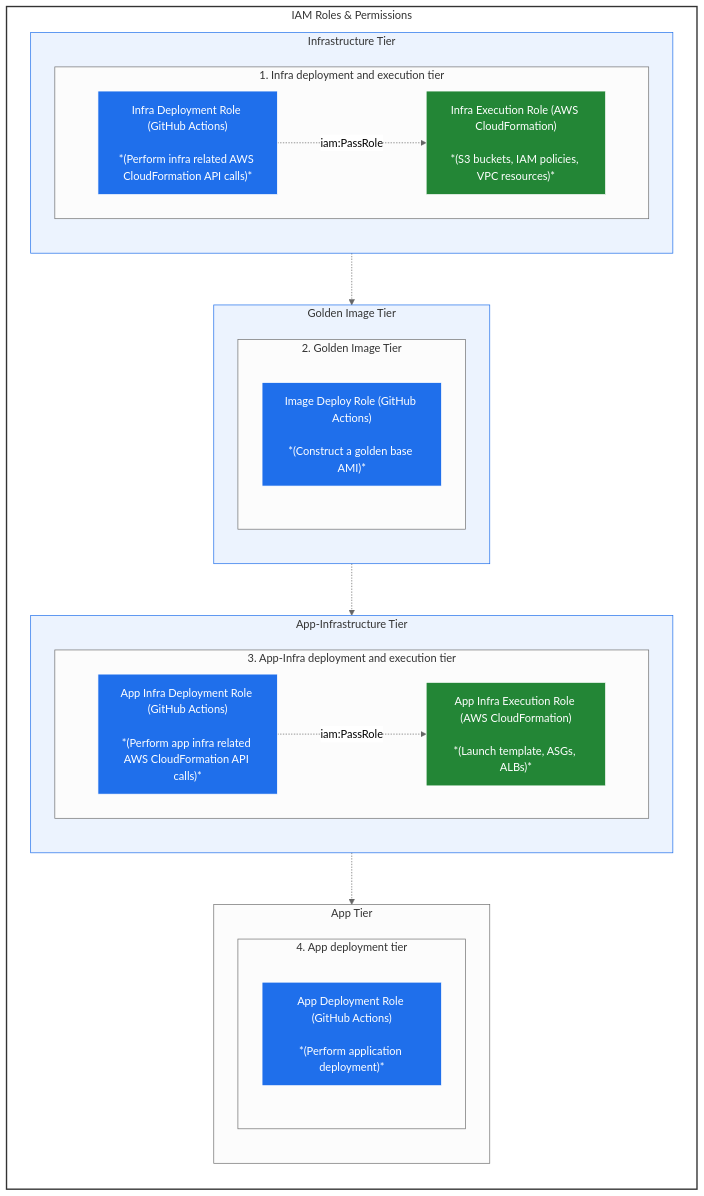
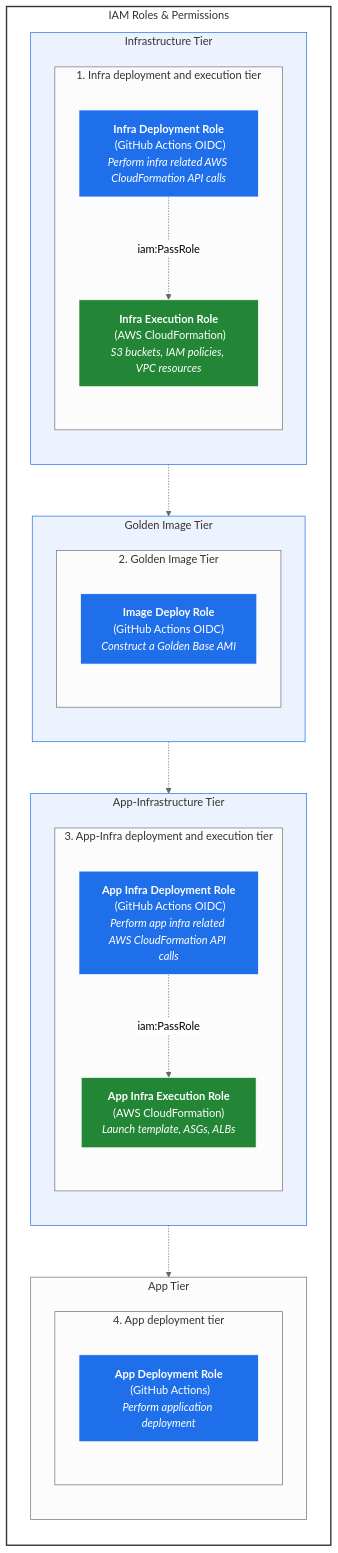
The diagram in README.md (AdithyaBhatGS/aws-infrastructure-governance-assistant), drawn with Mermaid (neutral theme) before and after one commit.

Commit message:
docs: modify the IAM Role diagram code LR to TB

````diff
--- a/README.md
+++ b/README.md
@@ -72,51 +72,51 @@
 ```mermaid
 flowchart TB
     subgraph IAM ["IAM Roles & Permissions"]
         direction TB
 
         subgraph Infra ["Infrastructure Tier"]
             direction TB
             subgraph InfraSub1 ["1. Infra deployment and execution tier"]
-                direction LR
-                InfraDeployRole["Infra Deployment Role (GitHub Actions)<br/><br/>*(Perform infra related AWS CloudFormation API calls)*"]
-                InfraExecutionRole["Infra Execution Role (AWS CloudFormation)<br/><br/>*(S3 buckets, IAM policies, VPC resources)*"]
+                direction TB
+                InfraDeployRole["<b>Infra Deployment Role</b><br/> (GitHub Actions OIDC)<br/><i>Perform infra related AWS CloudFormation API calls</i>"]
+                InfraExecutionRole["<b>Infra Execution Role</b><br/> (AWS CloudFormation)<br/><i>S3 buckets, IAM policies, VPC resources</i>"]
                 InfraDeployRole -.->|iam:PassRole| InfraExecutionRole
             end
         end
 
         subgraph GoldenImage ["Golden Image Tier"]
             direction TB
             subgraph GoldenImage1 ["2. Golden Image Tier"]
                 direction TB
-                ImageDeployRole["Image Deploy Role (GitHub Actions)<br/><br/>*(Construct a golden base AMI)*"]
+                ImageDeployRole["<b>Image Deploy Role</b><br/> (GitHub Actions OIDC)<br/><i>Construct a Golden Base AMI</i>"]
             end
         end
 
         subgraph AppInfra ["App-Infrastructure Tier"]
             direction TB
             subgraph AppInfraSub2 ["3. App-Infra deployment and execution tier"]
-                direction LR
-                AppInfraDeployRole["App Infra Deployment Role (GitHub Actions)<br/><br/>*(Perform app infra related AWS CloudFormation API calls)*"]
-                AppInfraExecutionRole["App Infra Execution Role (AWS CloudFormation)<br/><br/>*(Launch template, ASGs, ALBs)*"]
+                direction TB
+                AppInfraDeployRole["<b>App Infra Deployment Role</b><br/> (GitHub Actions OIDC)<br/><i>Perform app infra related AWS CloudFormation API calls</i>"]
+                AppInfraExecutionRole["<b>App Infra Execution Role</b><br/> (AWS CloudFormation)<br/><i>Launch template, ASGs, ALBs</i>"]
                 AppInfraDeployRole -.->|iam:PassRole| AppInfraExecutionRole
             end
         end
 
         subgraph App ["App Tier"]
             direction TB
             subgraph AppSub1 ["4. App deployment tier"]
                 direction TB
-                AppDeployRole["App Deployment Role (GitHub Actions)<br/><br/>*(Perform application deployment)*"]
+                AppDeployRole["<b>App Deployment Role</b><br/> (GitHub Actions)<br/><i>Perform application deployment</i>"]
             end
         end
         Infra -.-> GoldenImage -.-> AppInfra -.-> App
     end
 
     style IAM fill:none,stroke:#333,stroke-width:2px
     classDef innerBox fill:#1f6feb15,stroke:#1f6feb,stroke-width:1px;
     class Infra,GoldenImage,AppInfra innerBox;
     classDef innerSub1Box fill:#1f6feb,stroke:#fff,stroke-width:1px,color:#fff
     class InfraDeployRole,AppInfraDeployRole,ImageDeployRole,AppDeployRole innerSub1Box
     classDef innerSub2Box fill:#238636,stroke:#fff,stroke-width:1px,color:#fff
     class InfraExecutionRole,AppInfraExecutionRole innerSub2Box
 ```
````
